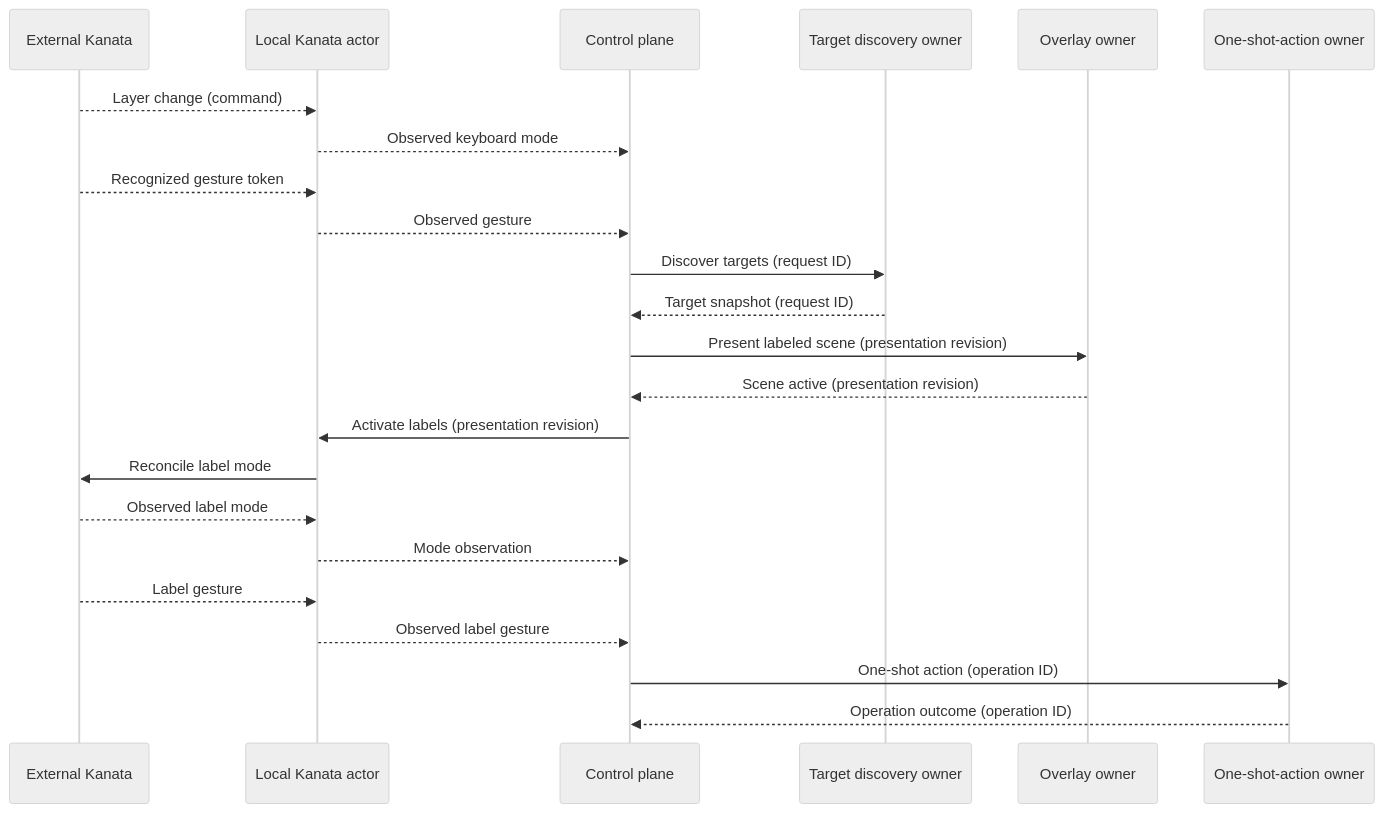
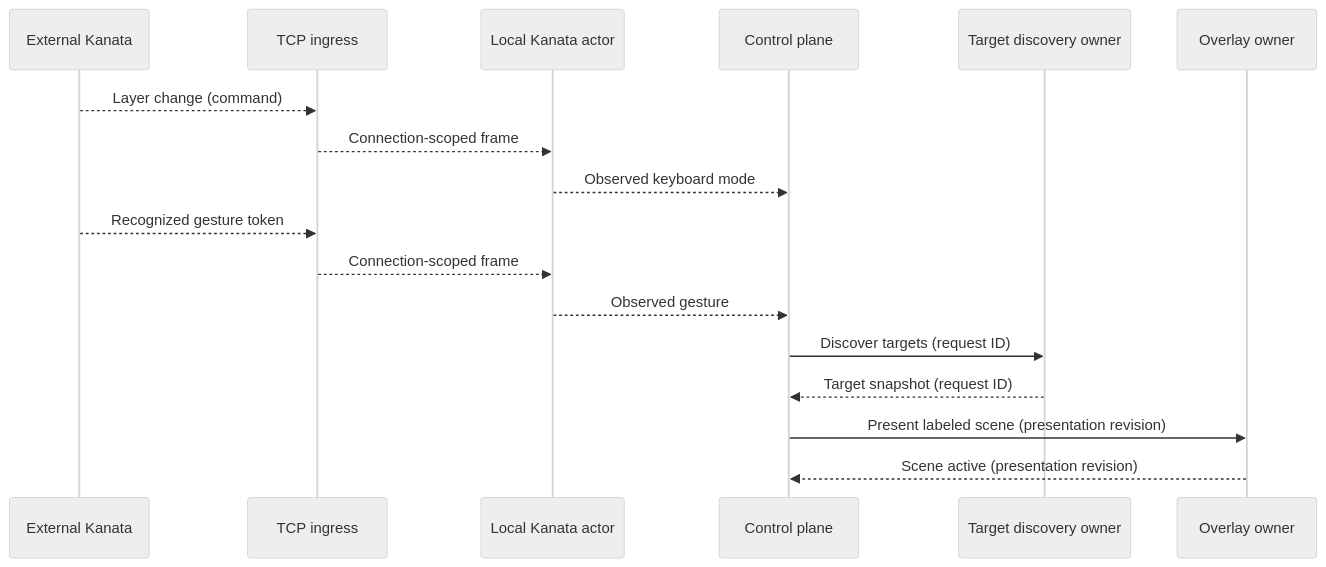
One commit to MattKotsenas/desknav changed the diagram in ARCHITECTURE.md. Above: the diagram before and after it, drawn with Mermaid (neutral theme). The commit also changed other lines of this file and 1 other file, not shown here.

Commit message:
fixup! Add progressive gesture ingress

````diff
--- a/ARCHITECTURE.md
+++ b/ARCHITECTURE.md
@@ -154,26 +167,20 @@
 ```mermaid
 sequenceDiagram
     participant K as External Kanata
+    participant T as TCP ingress
     participant KA as Local Kanata actor
     participant C as Control plane
     participant D as Target discovery owner
     participant O as Overlay owner
-    participant A as One-shot-action owner
 
-    K-->>KA: Layer change (command)
+    K-->>T: Layer change (command)
+    T-->>KA: Connection-scoped frame
     KA-->>C: Observed keyboard mode
-    K-->>KA: Recognized gesture token
+    K-->>T: Recognized gesture token
+    T-->>KA: Connection-scoped frame
     KA-->>C: Observed gesture
     C->>D: Discover targets (request ID)
     D-->>C: Target snapshot (request ID)
     C->>O: Present labeled scene (presentation revision)
     O-->>C: Scene active (presentation revision)
-    C->>KA: Activate labels (presentation revision)
-    KA->>K: Reconcile label mode
-    K-->>KA: Observed label mode
-    KA-->>C: Mode observation
-    K-->>KA: Label gesture
-    KA-->>C: Observed label gesture
-    C->>A: One-shot action (operation ID)
-    A-->>C: Operation outcome (operation ID)
 ```
````
